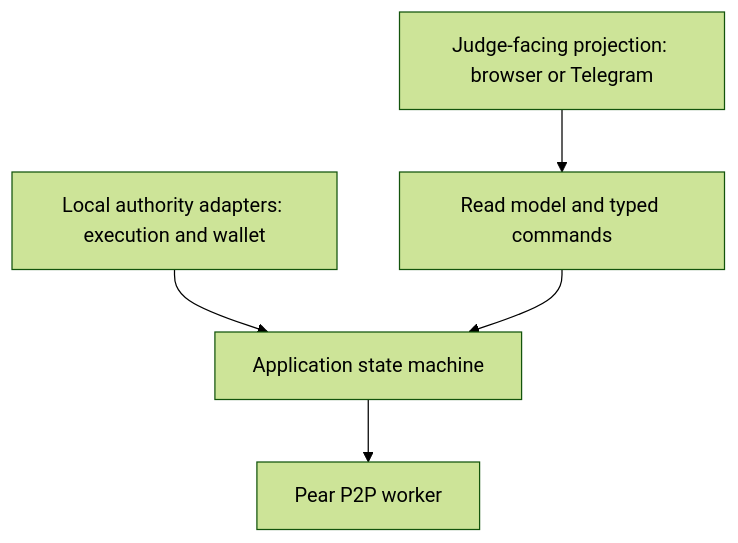
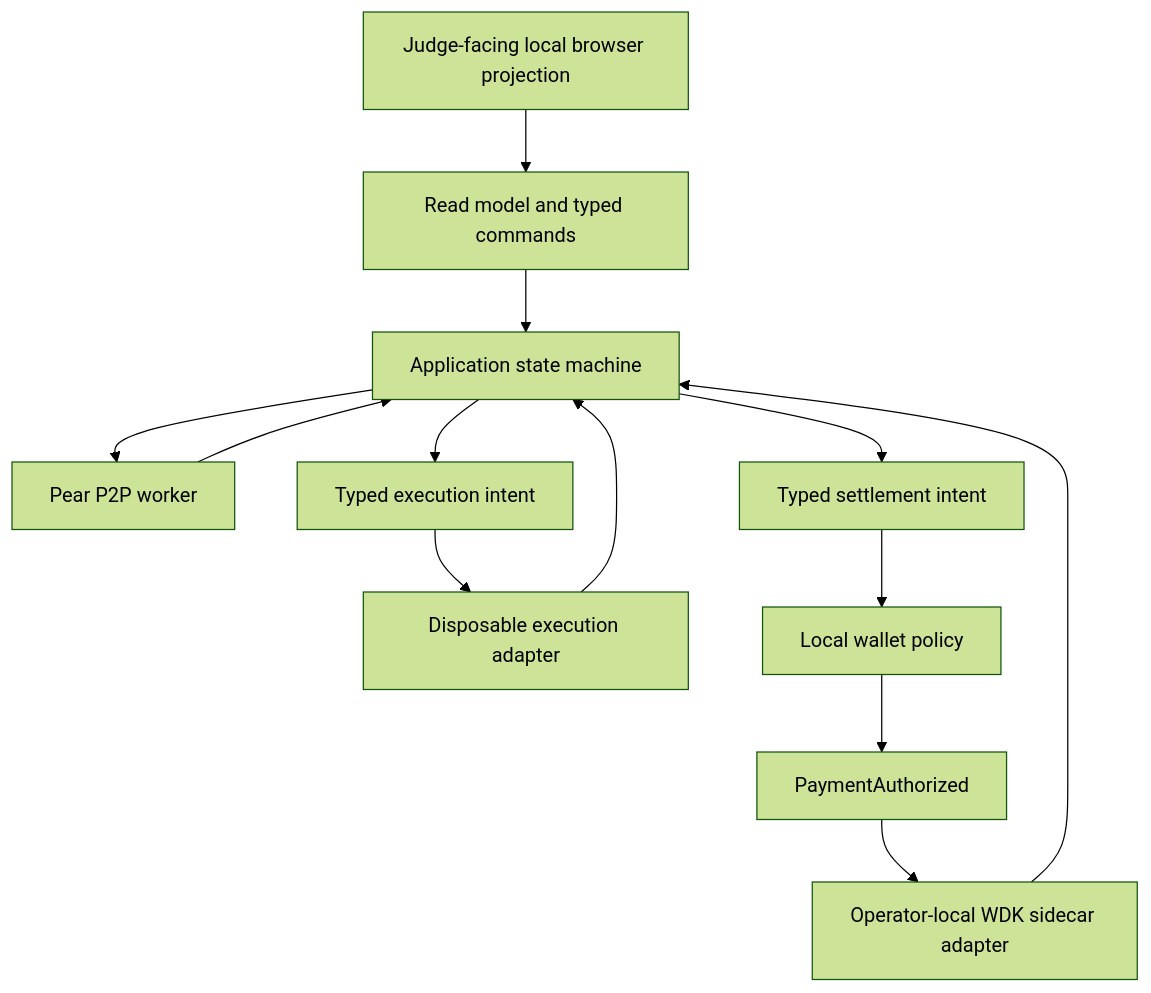
The second of 4 diagrams in docs/architecture.md (0xgleb/agentopoly), drawn with Mermaid (forest theme) before and after one commit. The commit also changed other lines of this file and 12 other files, not shown here.

````diff
--- a/docs/architecture.md
+++ b/docs/architecture.md
@@ -33,13 +33,21 @@
 ```mermaid
 flowchart TD
-  Projection["Judge-facing projection: browser or Telegram"]
-  Adapters["Local authority adapters: execution and wallet"]
+  Projection["Judge-facing local browser projection"]
   Commands["Read model and typed commands"]
   StateMachine["Application state machine"]
   Worker["Pear P2P worker"]
+  ExecutionIntent["Typed execution intent"]
+  ExecutionAdapter["Disposable execution adapter"]
+  SettlementIntent["Typed settlement intent"]
+  WalletPolicy["Local wallet policy"]
+  PaymentAuthorized["PaymentAuthorized"]
+  WDKAdapter["Operator-local WDK sidecar adapter"]
 
-  Projection --> Commands
-  Adapters --> StateMachine
-  Commands --> StateMachine
+  Projection --> Commands --> StateMachine
+  Worker --> StateMachine
   StateMachine --> Worker
+  StateMachine --> ExecutionIntent --> ExecutionAdapter
+  ExecutionAdapter --> StateMachine
+  StateMachine --> SettlementIntent --> WalletPolicy --> PaymentAuthorized --> WDKAdapter
+  WDKAdapter --> StateMachine
 ```
````
